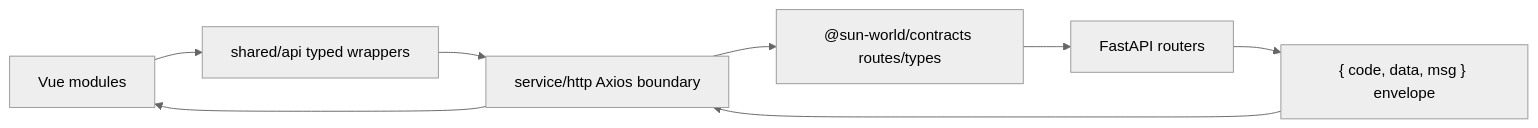
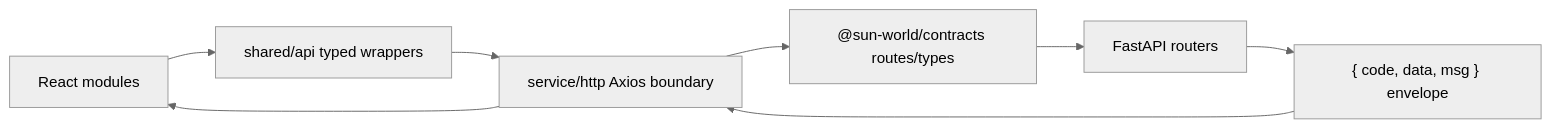
One commit to ZhangNoName/sun-world changed the diagram in docs/architecture/platform-iteration-roadmap.md. Above: the diagram before and after it, drawn with Mermaid (neutral theme). The commit also changed other lines of this file and 90 other files, not shown here.

````diff
--- a/docs/architecture/platform-iteration-roadmap.md
+++ b/docs/architecture/platform-iteration-roadmap.md
@@ -29,10 +29,10 @@
 ```mermaid
 flowchart LR
-  UI["Vue modules"] --> SharedApi["shared/api typed wrappers"]
+  UI["React modules"] --> SharedApi["shared/api typed wrappers"]
   SharedApi --> Http["service/http Axios boundary"]
   Http --> Contracts["@sun-world/contracts routes/types"]
   Contracts --> Api["FastAPI routers"]
   Api --> Envelope["{ code, data, msg } envelope"]
   Envelope --> Http
   Http --> UI
 ```
````
